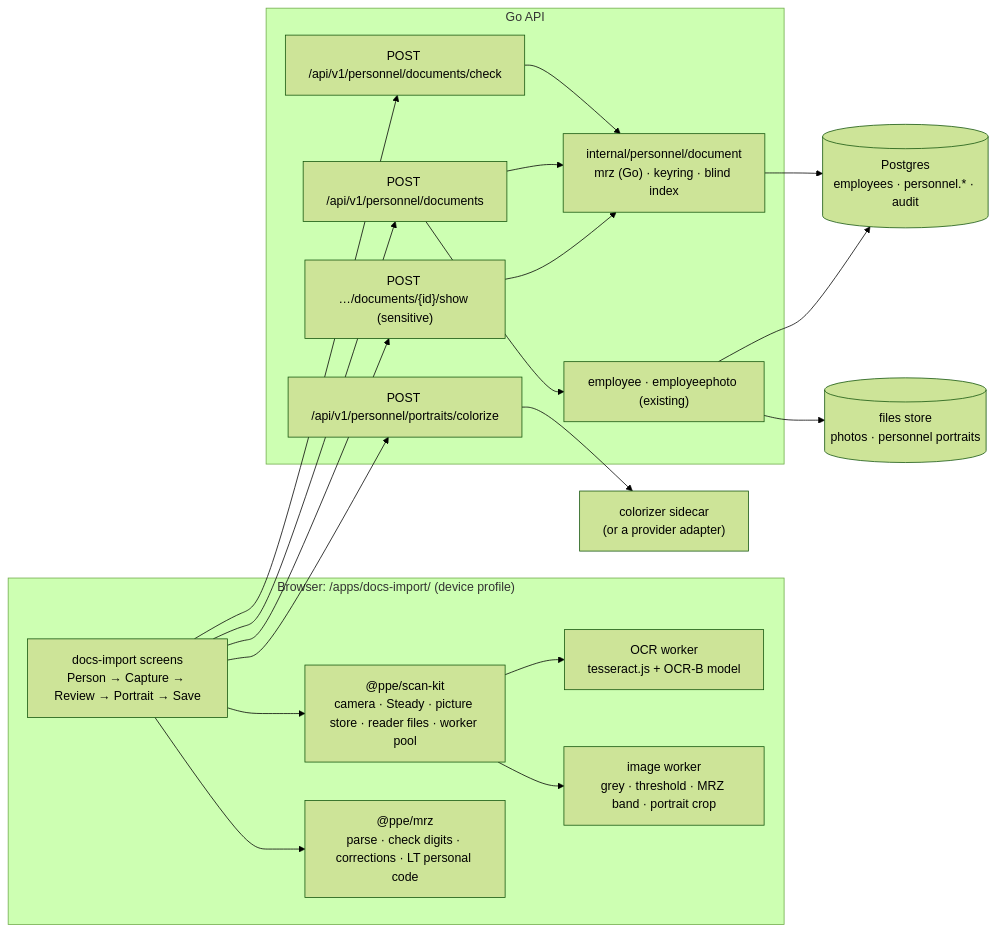
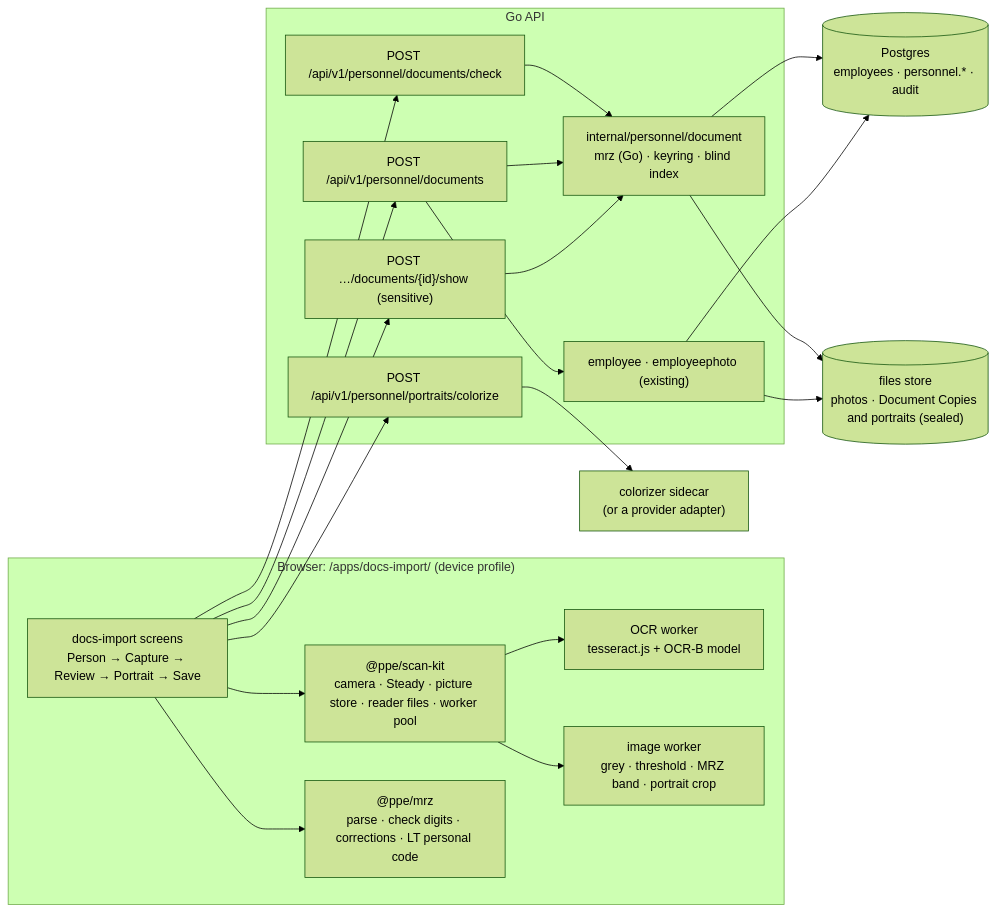
One commit to remisb/ppe-next2 changed the diagram in docs/apps/docs-import-plan.md. Above: the diagram before and after it, drawn with Mermaid (forest theme). The commit also changed other lines of this file, not shown here.

First line of the commit message:
docs-import plan, revision 4: D2 decided, keep every field and Document Copies

````diff
--- a/docs/apps/docs-import-plan.md
+++ b/docs/apps/docs-import-plan.md
@@ -344,29 +357,30 @@
 ```mermaid
 flowchart LR
   subgraph Phone["Browser: /apps/docs-import/ (device profile)"]
     App["docs-import screens<br/>Person → Capture → Review → Portrait → Save"]
     Kit["@ppe/scan-kit<br/>camera · Steady · picture store · reader files · worker pool"]
     Mrz["@ppe/mrz<br/>parse · check digits · corrections · LT personal code"]
     Ocr["OCR worker<br/>tesseract.js + OCR-B model"]
     Img["image worker<br/>grey · threshold · MRZ band · portrait crop"]
     App --> Kit --> Img
     Kit --> Ocr
     App --> Mrz
   end
   subgraph API["Go API"]
     Check["POST /api/v1/personnel/documents/check"]
     Save["POST /api/v1/personnel/documents"]
     Show["POST …/documents/{id}/show (sensitive)"]
     Col["POST /api/v1/personnel/portraits/colorize"]
     PM["internal/personnel/document<br/>mrz (Go) · keyring · blind index"]
     EP["employee · employeephoto (existing)"]
   end
   Colorizer["colorizer sidecar<br/>(or a provider adapter)"]
   DB[("Postgres<br/>employees · personnel.* · audit")]
-  FS[("files store<br/>photos · personnel portraits")]
+  FS[("files store<br/>photos · Document Copies and portraits (sealed)")]
   App --> Check & Save & Show & Col
   Check & Save & Show --> PM --> DB
+  PM --> FS
   Save --> EP --> DB
   EP --> FS
   Col --> Colorizer
 ```
````
